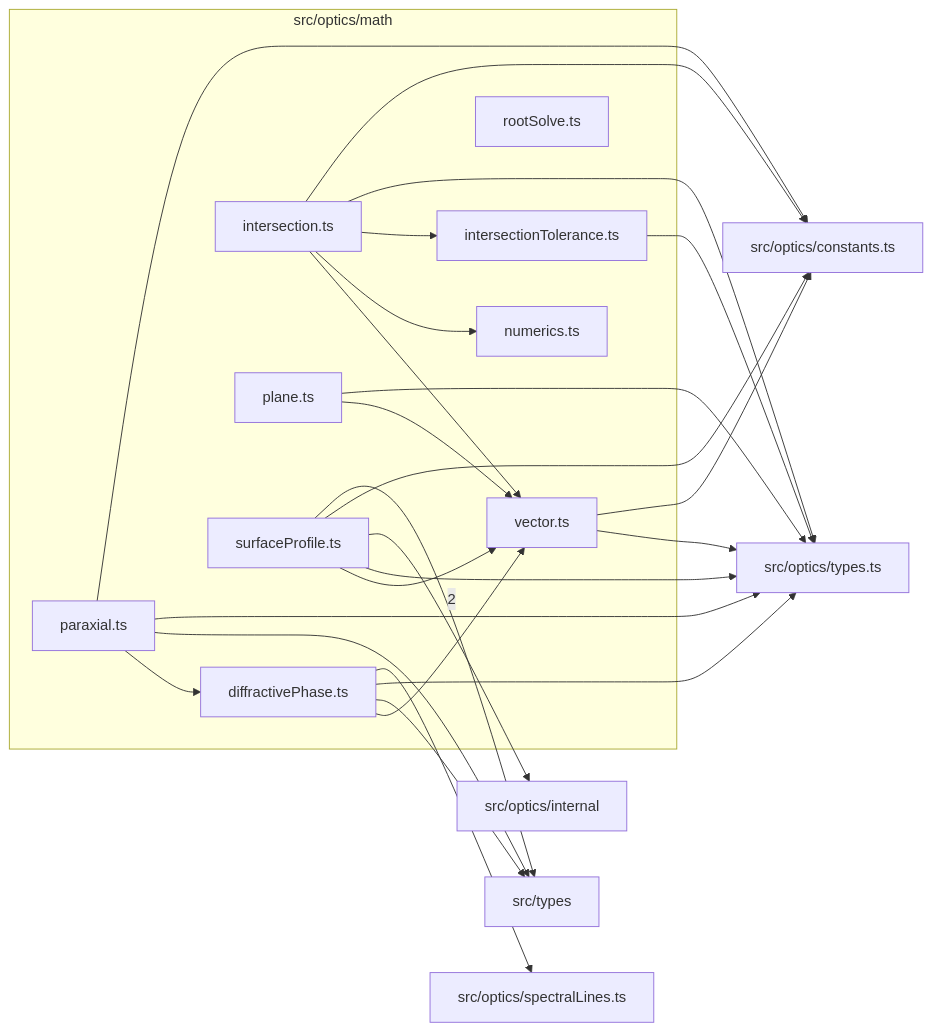
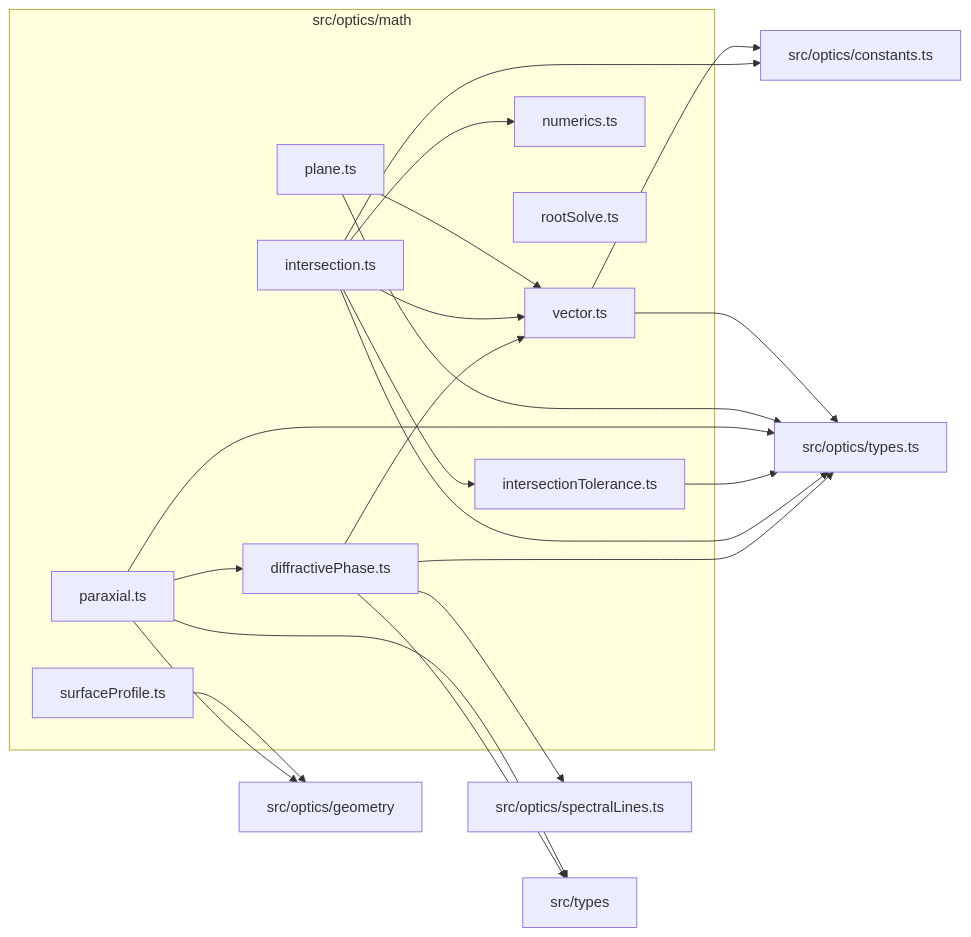
One commit to ronbuening/LensVisualizer changed the diagram in src/optics/math/readme.md. Above: the diagram before and after it, drawn with Mermaid. The commit also changed other lines of this file and 25 other files, not shown here.

First line of the commit message:
S3.P1.T1 Add the surface-geometry module with fused Horner sag and slope

````diff
--- a/src/optics/math/readme.md
+++ b/src/optics/math/readme.md
@@ -9,42 +9,38 @@
 ```mermaid
 flowchart LR
   subgraph n_src_optics_math["src/optics/math"]
     n_src_optics_math_src_optics_math_diffractivePhase_ts["diffractivePhase.ts"]
     n_src_optics_math_src_optics_math_intersection_ts["intersection.ts"]
     n_src_optics_math_src_optics_math_intersectionTolerance_ts["intersectionTolerance.ts"]
     n_src_optics_math_src_optics_math_numerics_ts["numerics.ts"]
     n_src_optics_math_src_optics_math_paraxial_ts["paraxial.ts"]
     n_src_optics_math_src_optics_math_plane_ts["plane.ts"]
     n_src_optics_math_src_optics_math_rootSolve_ts["rootSolve.ts"]
     n_src_optics_math_src_optics_math_surfaceProfile_ts["surfaceProfile.ts"]
     n_src_optics_math_src_optics_math_vector_ts["vector.ts"]
   end
-  n_external_src_types["src/types"]
   n_external_src_optics_constants_ts["src/optics/constants.ts"]
-  n_external_src_optics_internal["src/optics/internal"]
+  n_external_src_optics_geometry["src/optics/geometry"]
   n_external_src_optics_spectralLines_ts["src/optics/spectralLines.ts"]
   n_external_src_optics_types_ts["src/optics/types.ts"]
-  n_src_optics_math_src_optics_math_surfaceProfile_ts --> |2| n_external_src_types
+  n_external_src_types["src/types"]
   n_src_optics_math_src_optics_math_intersection_ts --> n_external_src_optics_constants_ts
-  n_src_optics_math_src_optics_math_paraxial_ts --> n_external_src_optics_constants_ts
-  n_src_optics_math_src_optics_math_surfaceProfile_ts --> n_external_src_optics_constants_ts
   n_src_optics_math_src_optics_math_vector_ts --> n_external_src_optics_constants_ts
-  n_src_optics_math_src_optics_math_surfaceProfile_ts --> n_external_src_optics_internal
+  n_src_optics_math_src_optics_math_paraxial_ts --> n_external_src_optics_geometry
+  n_src_optics_math_src_optics_math_surfaceProfile_ts --> n_external_src_optics_geometry
   n_src_optics_math_src_optics_math_diffractivePhase_ts --> n_external_src_optics_spectralLines_ts
   n_src_optics_math_src_optics_math_diffractivePhase_ts --> n_external_src_optics_types_ts
   n_src_optics_math_src_optics_math_intersection_ts --> n_external_src_optics_types_ts
   n_src_optics_math_src_optics_math_intersectionTolerance_ts --> n_external_src_optics_types_ts
   n_src_optics_math_src_optics_math_paraxial_ts --> n_external_src_optics_types_ts
   n_src_optics_math_src_optics_math_plane_ts --> n_external_src_optics_types_ts
-  n_src_optics_math_src_optics_math_surfaceProfile_ts --> n_external_src_optics_types_ts
   n_src_optics_math_src_optics_math_vector_ts --> n_external_src_optics_types_ts
   n_src_optics_math_src_optics_math_diffractivePhase_ts --> n_external_src_types
   n_src_optics_math_src_optics_math_paraxial_ts --> n_external_src_types
   n_src_optics_math_src_optics_math_paraxial_ts --> n_src_optics_math_src_optics_math_diffractivePhase_ts
   n_src_optics_math_src_optics_math_intersection_ts --> n_src_optics_math_src_optics_math_intersectionTolerance_ts
   n_src_optics_math_src_optics_math_intersection_ts --> n_src_optics_math_src_optics_math_numerics_ts
   n_src_optics_math_src_optics_math_diffractivePhase_ts --> n_src_optics_math_src_optics_math_vector_ts
   n_src_optics_math_src_optics_math_intersection_ts --> n_src_optics_math_src_optics_math_vector_ts
   n_src_optics_math_src_optics_math_plane_ts --> n_src_optics_math_src_optics_math_vector_ts
-  n_src_optics_math_src_optics_math_surfaceProfile_ts --> n_src_optics_math_src_optics_math_vector_ts
 ```
````
